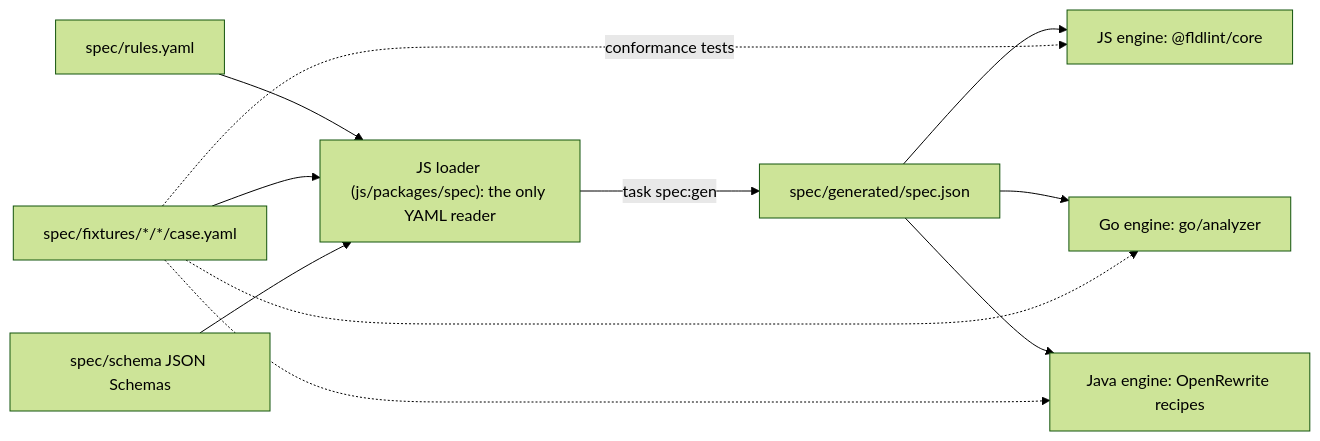
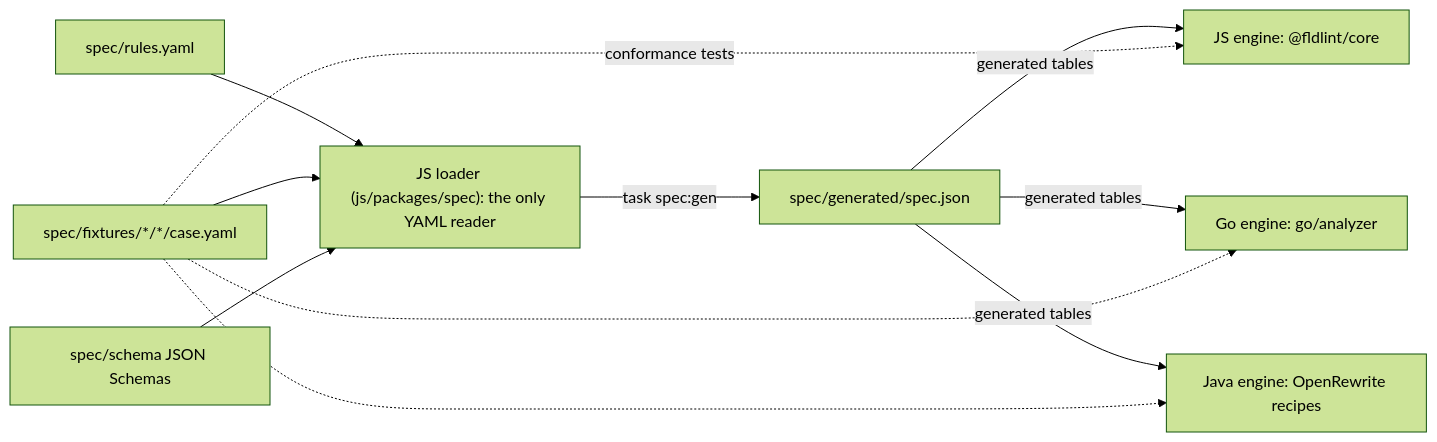
One commit to jh125486/fldlint changed the first of 2 diagrams in README.md. Above: the diagram before and after it, drawn with Mermaid (forest theme). The commit also changed other lines of this file and 3 other files, not shown here.

````diff
--- a/README.md
+++ b/README.md
@@ -174,13 +175,13 @@
 ```mermaid
 flowchart LR
   rules["spec/rules.yaml"] --> loader["JS loader (js/packages/spec): the only YAML reader"]
   cases["spec/fixtures/*/*/case.yaml"] --> loader
   schema["spec/schema JSON Schemas"] --> loader
   loader -->|"task spec:gen"| json["spec/generated/spec.json"]
-  json --> js["JS engine: @fldlint/core"]
-  json --> go["Go engine: go/analyzer"]
-  json --> java["Java engine: OpenRewrite recipes"]
+  json -->|"generated tables"| js["JS engine: @fldlint/core"]
+  json -->|"generated tables"| go["Go engine: go/analyzer"]
+  json -->|"generated tables"| java["Java engine: OpenRewrite recipes"]
   cases -.->|"conformance tests"| js
   cases -.-> go
   cases -.-> java
 ```
````
